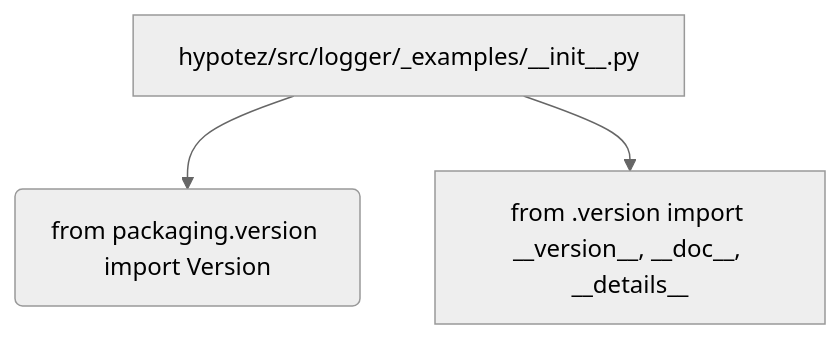
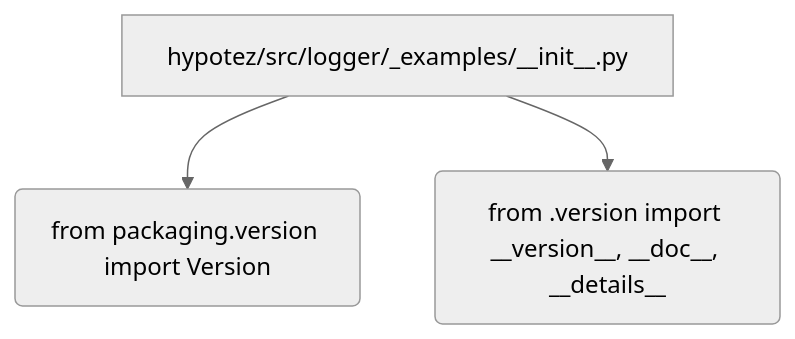
The diagram in docs/gemini/ru/explainer/src/logger/_examples/__init__.md (hypo69/hypo), drawn with Mermaid (neutral theme) before and after one commit. The commit also changed other lines of this file and 468 other files, not shown here.

````diff
--- a/docs/gemini/ru/explainer/src/logger/_examples/__init__.md
+++ b/docs/gemini/ru/explainer/src/logger/_examples/__init__.md
@@ -62,5 +55,5 @@
 ```mermaid
 graph TD
     A[hypotez/src/logger/_examples/__init__.py] --> B(from packaging.version import Version);
-    A --> C[from .version import __version__, __doc__, __details__];
+    A --> C(from .version import __version__, __doc__, __details__);
 ```
````
